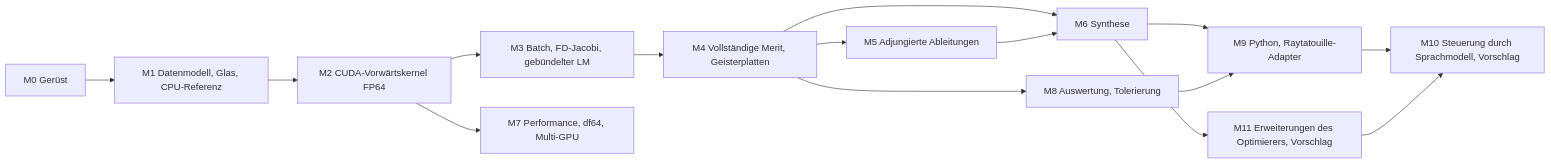
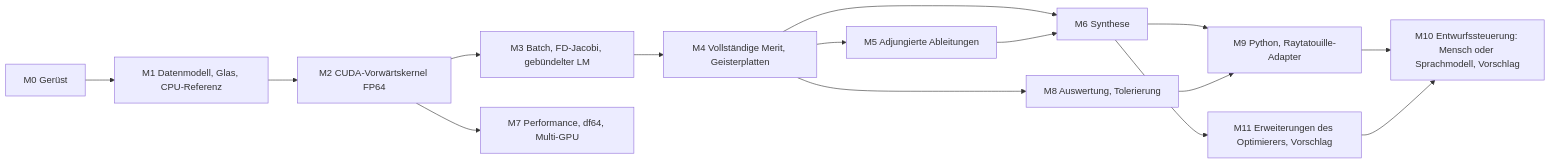
Before and after one commit to PhotonPower/Mikroptim: the diagram in docs/plan/meilensteine.md, drawn with Mermaid. The commit also changed other lines of this file and 11 other files, not shown here.

Commit message:
ADR-0012 (Entwurfswerkzeuge, Mensch oder Sprachmodell als Entscheider, Ollama) und ADR-0013 (glattes Maximum, Variante A; keine Bitgleichheit über mehrere GPUs); M10 umbenannt in Entwurfssteuerung

````diff
--- a/docs/plan/meilensteine.md
+++ b/docs/plan/meilensteine.md
@@ -7,17 +7,17 @@
 ```mermaid
 flowchart LR
     M0[M0 Gerüst] --> M1[M1 Datenmodell, Glas, CPU-Referenz]
     M1 --> M2[M2 CUDA-Vorwärtskernel FP64]
     M2 --> M3[M3 Batch, FD-Jacobi, gebündelter LM]
     M3 --> M4[M4 Vollständige Merit, Geisterplatten]
     M4 --> M5[M5 Adjungierte Ableitungen]
     M4 --> M6[M6 Synthese]
     M5 --> M6
     M2 --> M7[M7 Performance, df64, Multi-GPU]
     M4 --> M8[M8 Auswertung, Tolerierung]
     M6 --> M9[M9 Python, Raytatouille-Adapter]
     M8 --> M9
     M6 --> M11[M11 Erweiterungen des Optimierers, Vorschlag]
-    M9 --> M10[M10 Steuerung durch Sprachmodell, Vorschlag]
+    M9 --> M10[M10 Entwurfssteuerung: Mensch oder Sprachmodell, Vorschlag]
     M11 --> M10
 ```
````
